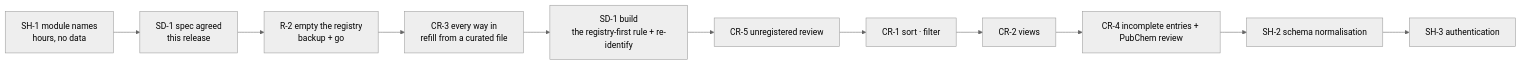
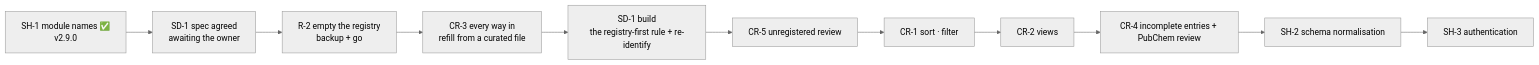
The diagram in docs/05-roadmap.md (akannan2987/nr-nips-crucible), drawn with Mermaid (neutral theme) before and after one commit. The commit also changed other lines of this file and 19 other files, not shown here.

````diff
--- a/docs/05-roadmap.md
+++ b/docs/05-roadmap.md
@@ -190,11 +190,11 @@
 ```mermaid
 flowchart LR
-    SH1["SH-1 module names<br/>hours, no data"] --> SD1s["SD-1 spec agreed<br/>this release"]
+    SH1["SH-1 module names ✅<br/>v2.9.0"] --> SD1s["SD-1 spec agreed<br/>awaiting the owner"]
     SD1s --> R2["R-2 empty the registry<br/>backup + go"]
     R2 --> CR3["CR-3 every way in<br/>refill from a curated file"]
     CR3 --> SD1["SD-1 build<br/>the registry-first rule + re-identify"]
     SD1 --> CR5["CR-5 unregistered review"]
     CR5 --> CR1["CR-1 sort · filter"] --> CR2["CR-2 views"]
     CR2 --> CR4["CR-4 incomplete entries + PubChem review"]
     CR4 --> SH2["SH-2 schema normalisation"] --> SH3["SH-3 authentication"]
 ```
````
